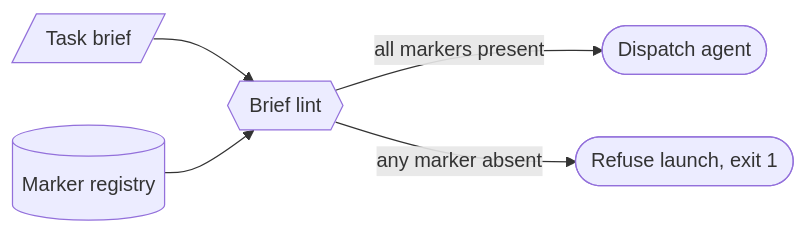
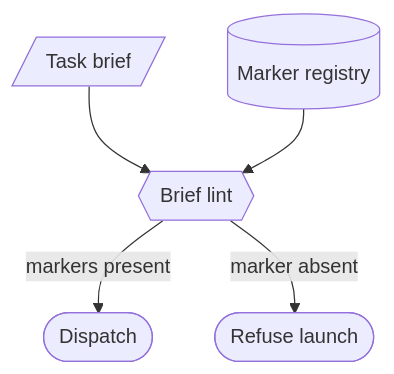
One commit to davisjam/agent-governance-mechanisms changed the diagram in book/appendix-fills/agent/brief-linting.md. Above: the diagram before and after it, drawn with Mermaid. The commit also changed other lines of this file and 5 other files, not shown here.

First line of the commit message:
fix(appxC): overflow diagrams — reduced/re-oriented labels (batch A)

````diff
--- a/book/appendix-fills/agent/brief-linting.md
+++ b/book/appendix-fills/agent/brief-linting.md
@@ -30,7 +30,7 @@
 ```mermaid
-flowchart LR
+flowchart TD
   Brief[/Task brief/] --> Lint{{Brief lint}}
   Reg[(Marker registry)] --> Lint
-  Lint -->|all markers present| Launch([Dispatch agent])
-  Lint -->|any marker absent| Refuse([Refuse launch, exit 1])
+  Lint -->|markers present| Launch([Dispatch])
+  Lint -->|marker absent| Refuse([Refuse launch])
 ```
````
